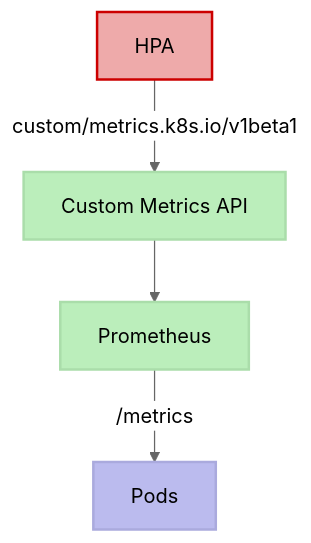
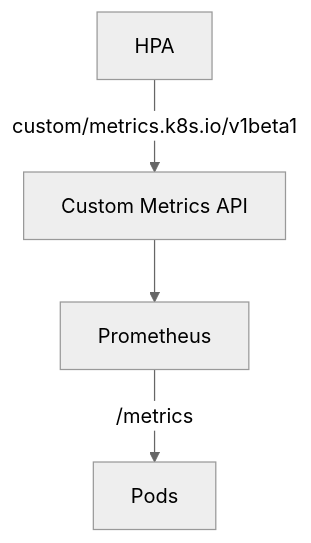
Before and after one commit to sdelrio/golden-forest: the diagram in docs/Infrastructure-and-Cloud/Cloud-Platform/Kubernetes/Concepts/hpa-autoscalers.md, drawn with Mermaid (neutral theme). The commit also changed 19 other files, not shown here.

First line of the commit message:
feat(theme): add ink plate mermaid diagrams (#377)

````diff
--- a/docs/Infrastructure-and-Cloud/Cloud-Platform/Kubernetes/Concepts/hpa-autoscalers.md
+++ b/docs/Infrastructure-and-Cloud/Cloud-Platform/Kubernetes/Concepts/hpa-autoscalers.md
@@ -11,19 +11,11 @@
 ```mermaid
 
-  flowchart TB;
+  flowchart TB
 
     HPA --custom/metrics.k8s.io/v1beta1--> CMAPI[Custom Metrics API]
     CMAPI --> Prometheus
     Prometheus --/metrics--> Pods
 
-    classDef red fill:#eaa,stroke:#c00,stroke-width:2px
-    classDef green fill:#beb,stroke:#ada,stroke-width:2px
-    classDef blue fill:#bbe,stroke:#aad,stroke-width:2px
-
-
-    class HPA red
-    class CMAPI green
-    class Prometheus green
-    class Pods blue
+    class HPA highlight
 
 ```
````
